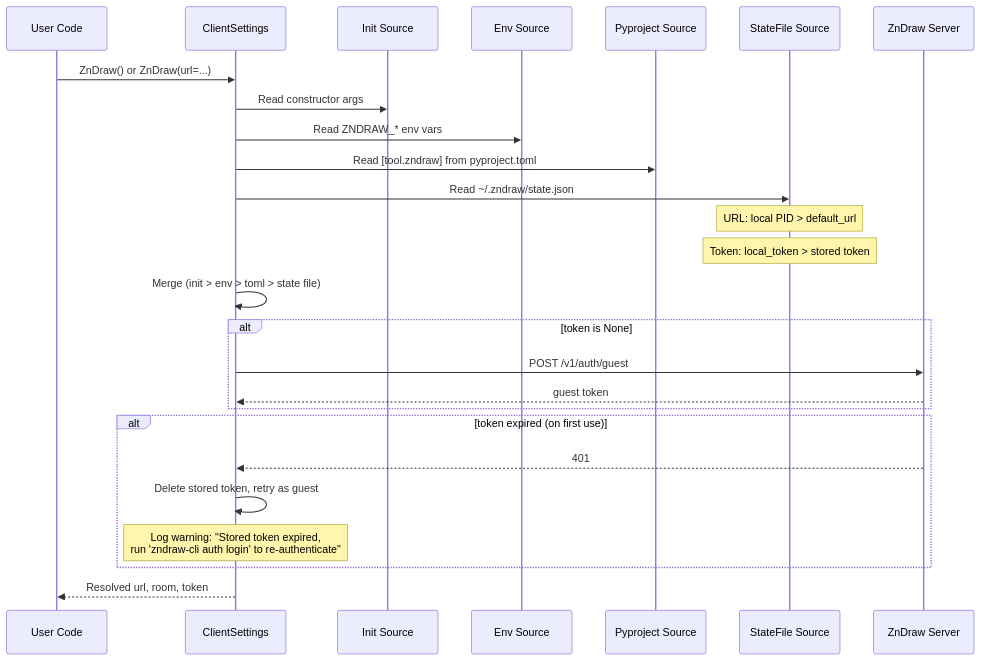
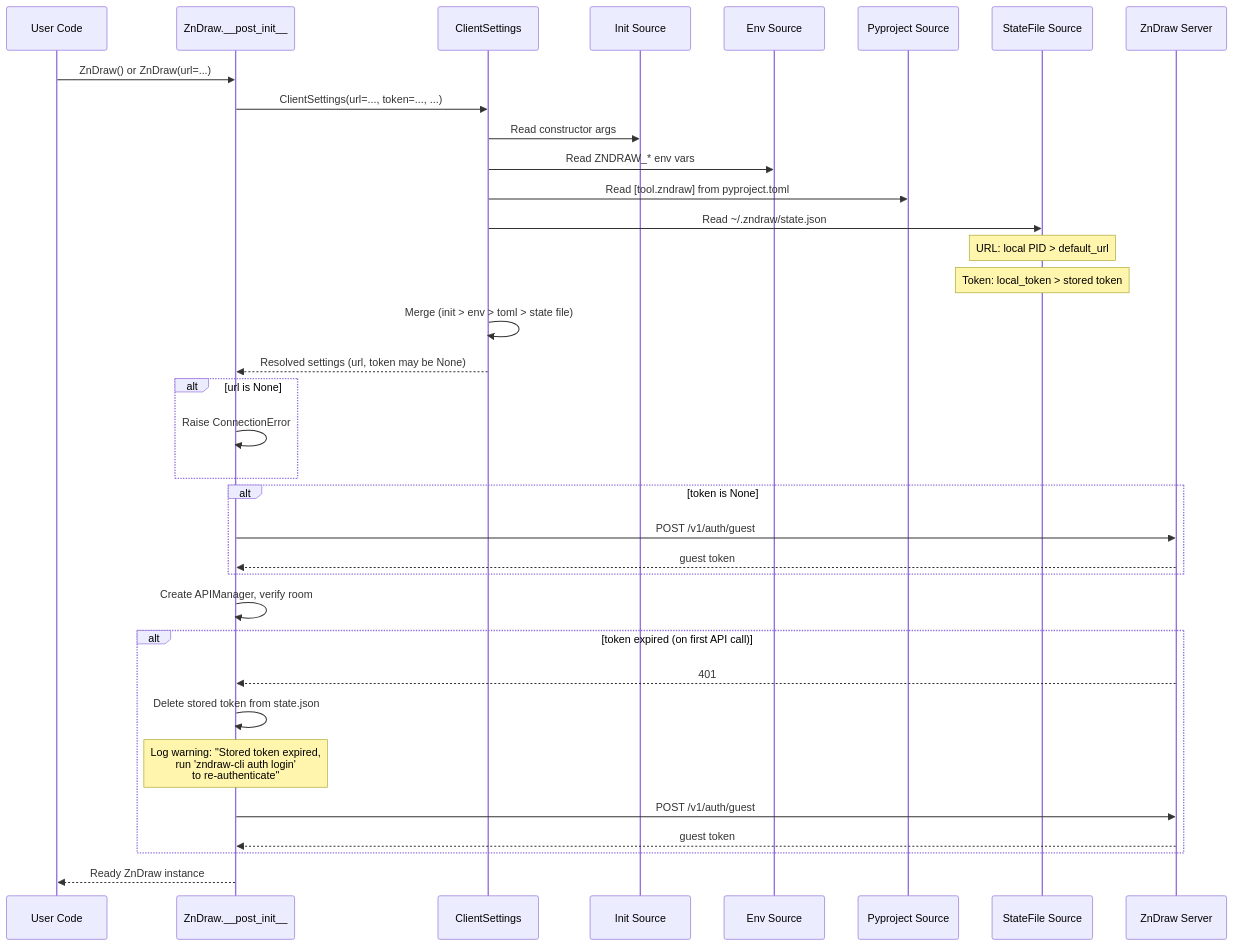
The fourth of 5 diagrams in docs/superpowers/specs/2026-03-25-pydantic-settings-unification-design.md (zincware/ZnDraw), drawn with Mermaid before and after one commit. The commit also changed other lines of this file, not shown here.

First line of the commit message:
docs: address spec review findings for pydantic-settings unification

````diff
--- a/docs/superpowers/specs/2026-03-25-pydantic-settings-unification-design.md
+++ b/docs/superpowers/specs/2026-03-25-pydantic-settings-unification-design.md
@@ -287,34 +308,45 @@
 ```mermaid
 sequenceDiagram
     participant User as User Code
+    participant ZD as ZnDraw.__post_init__
     participant CS as ClientSettings
     participant Init as Init Source
     participant Env as Env Source
     participant Toml as Pyproject Source
     participant SF as StateFile Source
     participant Server as ZnDraw Server
 
-    User->>CS: ZnDraw() or ZnDraw(url=...)
+    User->>ZD: ZnDraw() or ZnDraw(url=...)
+    ZD->>CS: ClientSettings(url=..., token=..., ...)
     CS->>Init: Read constructor args
     CS->>Env: Read ZNDRAW_* env vars
     CS->>Toml: Read [tool.zndraw] from pyproject.toml
     CS->>SF: Read ~/.zndraw/state.json
 
     Note over SF: URL: local PID > default_url
     Note over SF: Token: local_token > stored token
 
     CS->>CS: Merge (init > env > toml > state file)
+    CS-->>ZD: Resolved settings (url, token may be None)
+
+    alt url is None
+        ZD->>ZD: Raise ConnectionError
+    end
 
     alt token is None
-        CS->>Server: POST /v1/auth/guest
-        Server-->>CS: guest token
+        ZD->>Server: POST /v1/auth/guest
+        Server-->>ZD: guest token
     end
 
-    alt token expired (on first use)
-        Server-->>CS: 401
-        CS->>CS: Delete stored token, retry as guest
-        Note over CS: Log warning: "Stored token expired,<br/>run 'zndraw-cli auth login' to re-authenticate"
+    ZD->>ZD: Create APIManager, verify room
+
+    alt token expired (on first API call)
+        Server-->>ZD: 401
+        ZD->>ZD: Delete stored token from state.json
+        Note over ZD: Log warning: "Stored token expired,<br/>run 'zndraw-cli auth login'<br/>to re-authenticate"
+        ZD->>Server: POST /v1/auth/guest
+        Server-->>ZD: guest token
     end
 
-    CS-->>User: Resolved url, room, token
+    ZD-->>User: Ready ZnDraw instance
 ```
````
